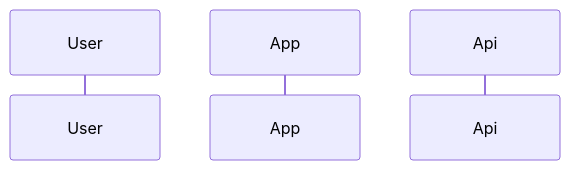
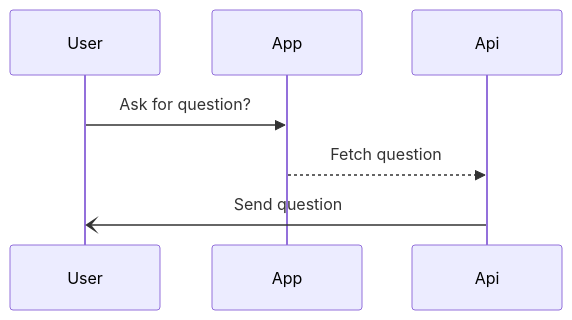
The diagram in src/sequenceDiagram.md (TheFullStackFred/fredrikstromberg-testing_typescipt-quiz_app), drawn with Mermaid before and after one commit.

Commit message:
started on uml diagram

````diff
--- a/src/sequenceDiagram.md
+++ b/src/sequenceDiagram.md
@@ -1,6 +1,10 @@
 ```mermaid
 sequenceDiagram
     participant User
     participant App
     participant Api
+
+       User->>App: Ask for question?
+    App-->>Api: Fetch question
+    Api-)User: Send question
 ```
````
